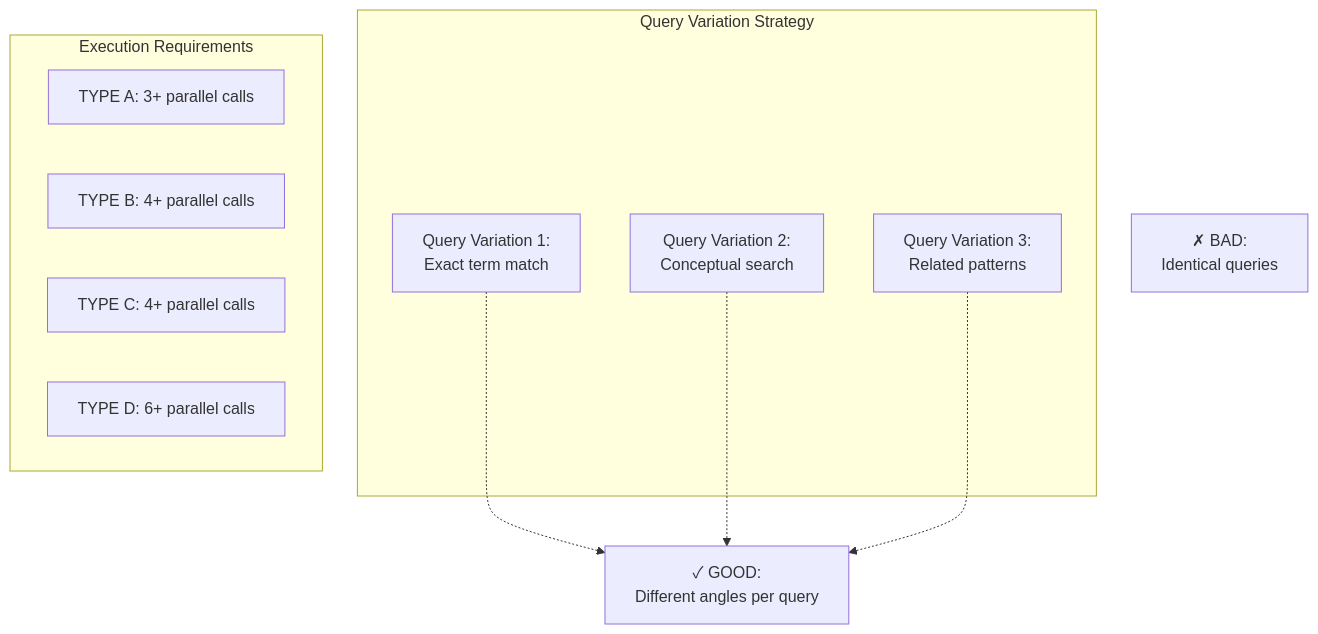
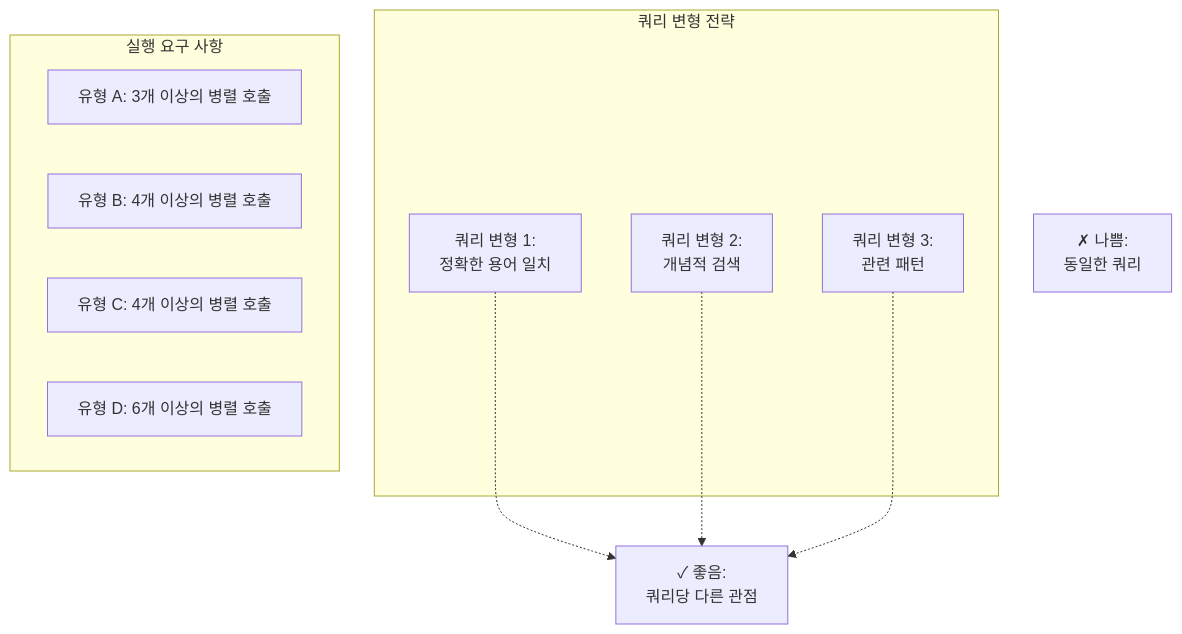
One commit to felipetruman/oh-my-opencode-docs changed the third of 5 diagrams in docs/agents/librarian-agent.md. Above: the diagram before and after it, drawn with Mermaid. The commit also changed other lines of this file and 76 other files, not shown here.

````diff
--- a/docs/agents/librarian-agent.md
+++ b/docs/agents/librarian-agent.md
@@ -245,30 +245,30 @@
 ```mermaid
 flowchart TD
 
-TypeA_Req["TYPE A: 3+ parallel calls"]
-TypeB_Req["TYPE B: 4+ parallel calls"]
-TypeC_Req["TYPE C: 4+ parallel calls"]
-TypeD_Req["TYPE D: 6+ parallel calls"]
-Query1["Query Variation 1:<br>Exact term match"]
-Query2["Query Variation 2:<br>Conceptual search"]
-Query3["Query Variation 3:<br>Related patterns"]
-Good["✓ GOOD:<br>Different angles per query"]
-Bad["✗ BAD:<br>Identical queries"]
+TypeA_Req["유형 A: 3개 이상의 병렬 호출"]
+TypeB_Req["유형 B: 4개 이상의 병렬 호출"]
+TypeC_Req["유형 C: 4개 이상의 병렬 호출"]
+TypeD_Req["유형 D: 6개 이상의 병렬 호출"]
+Query1["쿼리 변형 1:<br>정확한 용어 일치"]
+Query2["쿼리 변형 2:<br>개념적 검색"]
+Query3["쿼리 변형 3:<br>관련 패턴"]
+Good["✓ 좋음:<br>쿼리당 다른 관점"]
+Bad["✗ 나쁨:<br>동일한 쿼리"]
 
 Query1 -.-> Good
 Query2 -.-> Good
 Query3 -.-> Good
 
-subgraph subGraph1 ["Query Variation Strategy"]
+subgraph subGraph1 ["쿼리 변형 전략"]
     Query1
     Query2
     Query3
 end
 
-subgraph subGraph0 ["Execution Requirements"]
+subgraph subGraph0 ["실행 요구 사항"]
     TypeA_Req
     TypeB_Req
     TypeC_Req
     TypeD_Req
 end
 ```
````
